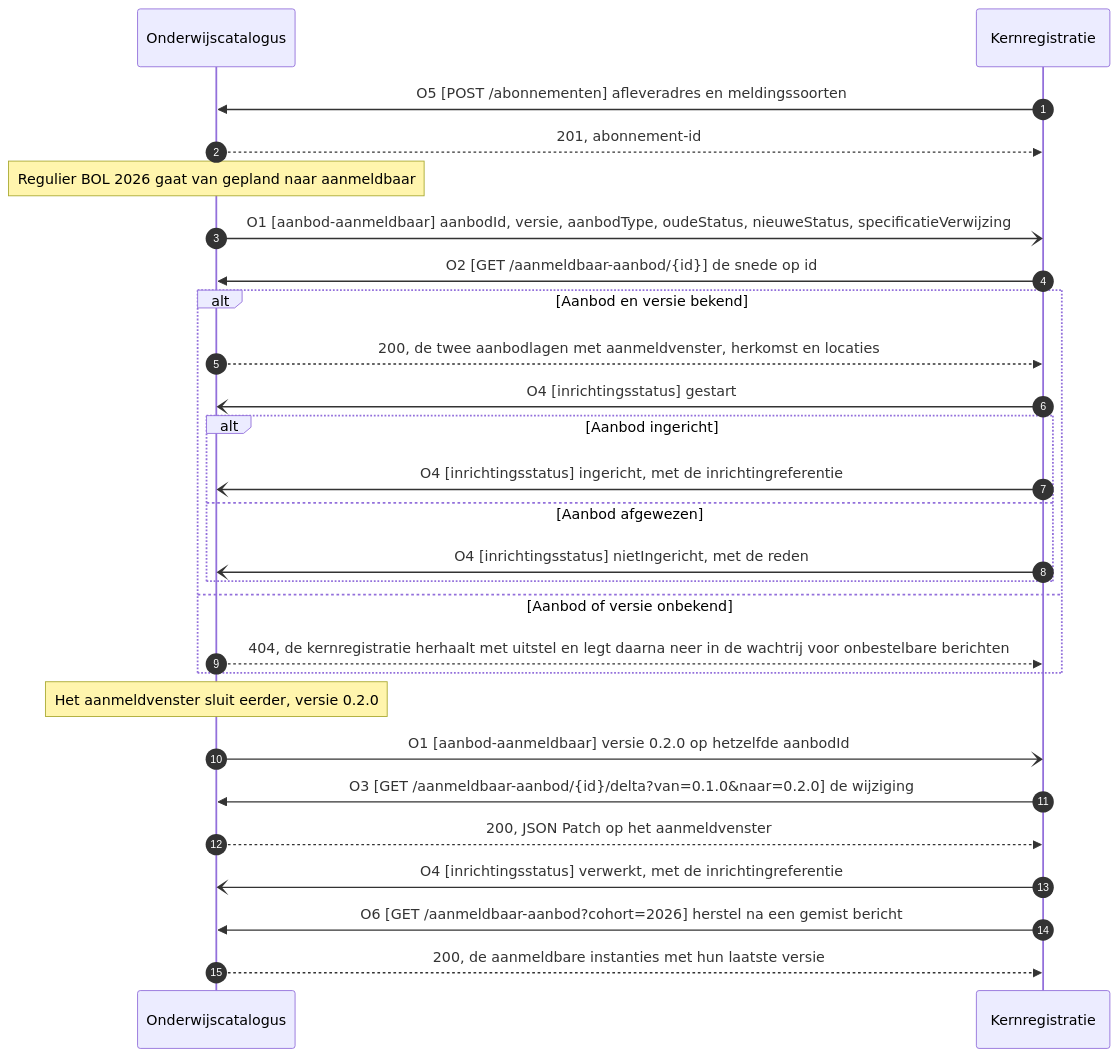
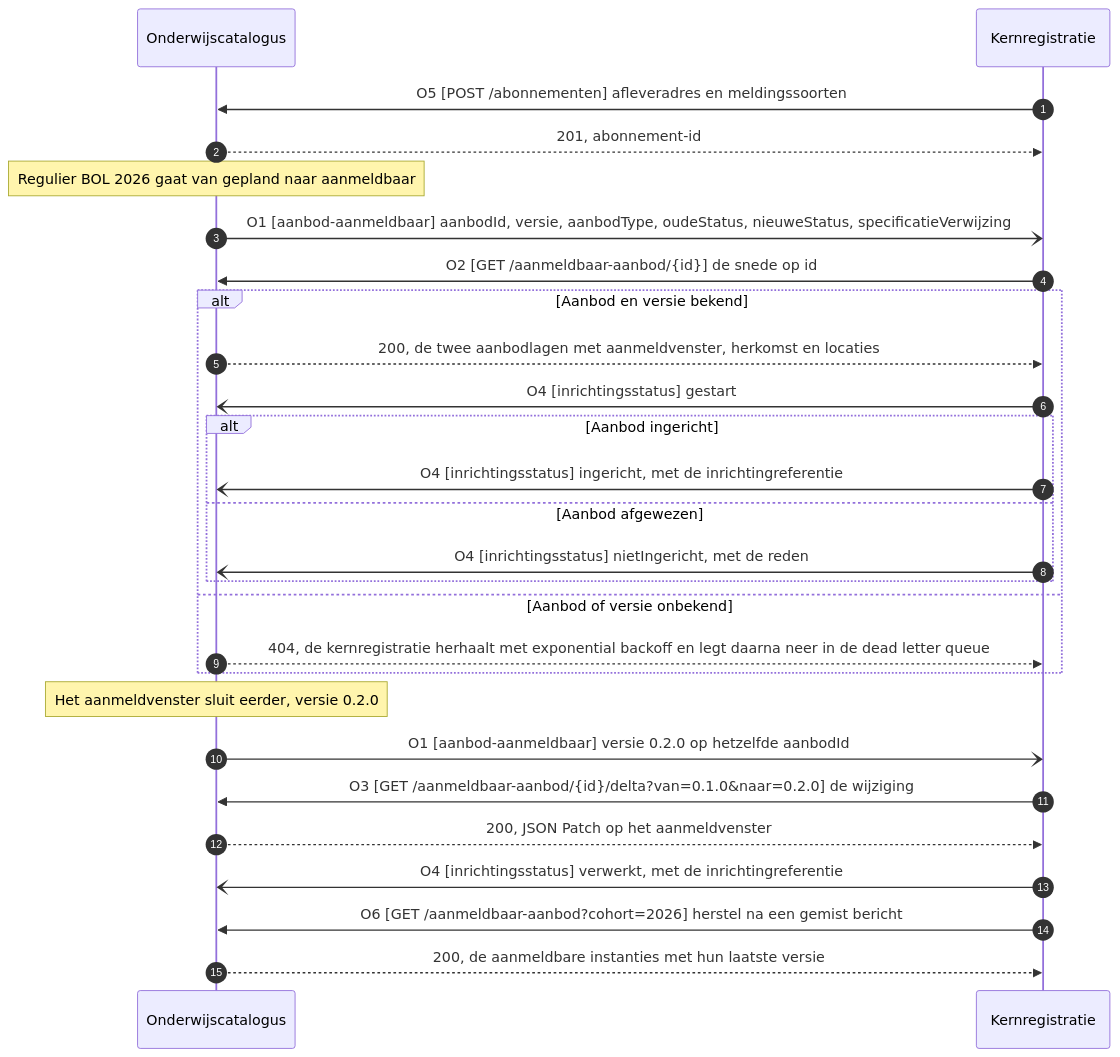
One commit to Npuls-OKx/meta changed the first of 7 diagrams in architecture/docs/specificatie/interactie-onderwijsaanbod/is-oa-05.md. Above: the diagram before and after it, drawn with Mermaid. The commit also changed other lines of this file and 33 other files, not shown here.

````diff
--- a/architecture/docs/specificatie/interactie-onderwijsaanbod/is-oa-05.md
+++ b/architecture/docs/specificatie/interactie-onderwijsaanbod/is-oa-05.md
@@ -64,29 +64,29 @@
 ```mermaid
 sequenceDiagram
     autonumber
     participant OC as Onderwijscatalogus
     participant KRS as Kernregistratie
     KRS->>OC: O5 [POST /abonnementen] afleveradres en meldingssoorten
     OC-->>KRS: 201, abonnement-id
     Note over OC: Regulier BOL 2026 gaat van gepland naar aanmeldbaar
     OC-)KRS: O1 [aanbod-aanmeldbaar] aanbodId, versie, aanbodType, oudeStatus, nieuweStatus, specificatieVerwijzing
     KRS->>OC: O2 [GET /aanmeldbaar-aanbod/{id}] de snede op id
     alt Aanbod en versie bekend
         OC-->>KRS: 200, de twee aanbodlagen met aanmeldvenster, herkomst en locaties
         KRS-)OC: O4 [inrichtingsstatus] gestart
         alt Aanbod ingericht
             KRS-)OC: O4 [inrichtingsstatus] ingericht, met de inrichtingreferentie
         else Aanbod afgewezen
             KRS-)OC: O4 [inrichtingsstatus] nietIngericht, met de reden
         end
     else Aanbod of versie onbekend
-        OC-->>KRS: 404, de kernregistratie herhaalt met uitstel en legt daarna neer in de wachtrij voor onbestelbare berichten
+        OC-->>KRS: 404, de kernregistratie herhaalt met exponential backoff en legt daarna neer in de dead letter queue
     end
     Note over OC: Het aanmeldvenster sluit eerder, versie 0.2.0
     OC-)KRS: O1 [aanbod-aanmeldbaar] versie 0.2.0 op hetzelfde aanbodId
     KRS->>OC: O3 [GET /aanmeldbaar-aanbod/{id}/delta?van=0.1.0&naar=0.2.0] de wijziging
     OC-->>KRS: 200, JSON Patch op het aanmeldvenster
     KRS-)OC: O4 [inrichtingsstatus] verwerkt, met de inrichtingreferentie
     KRS->>OC: O6 [GET /aanmeldbaar-aanbod?cohort=2026] herstel na een gemist bericht
     OC-->>KRS: 200, de aanmeldbare instanties met hun laatste versie
 ```
````
